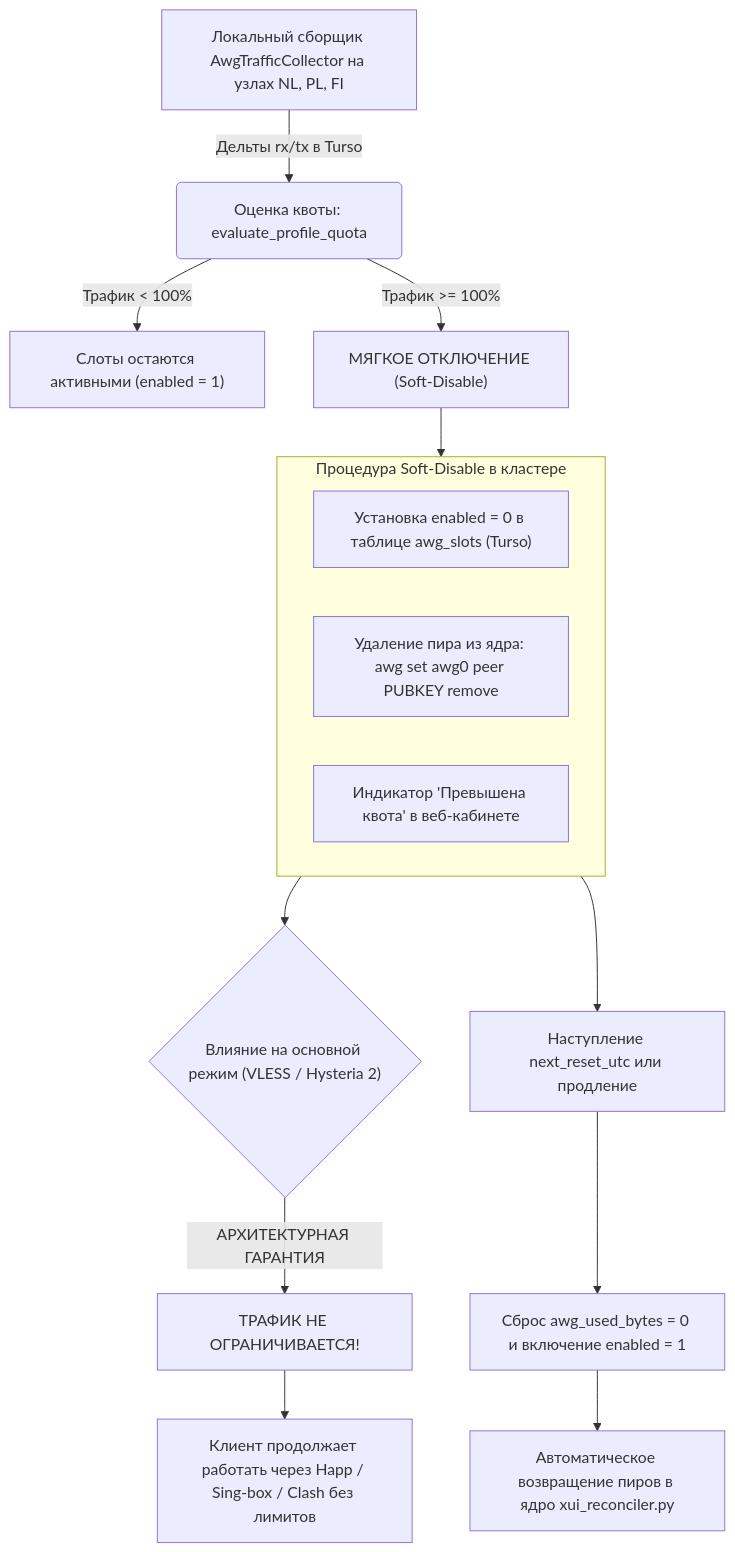
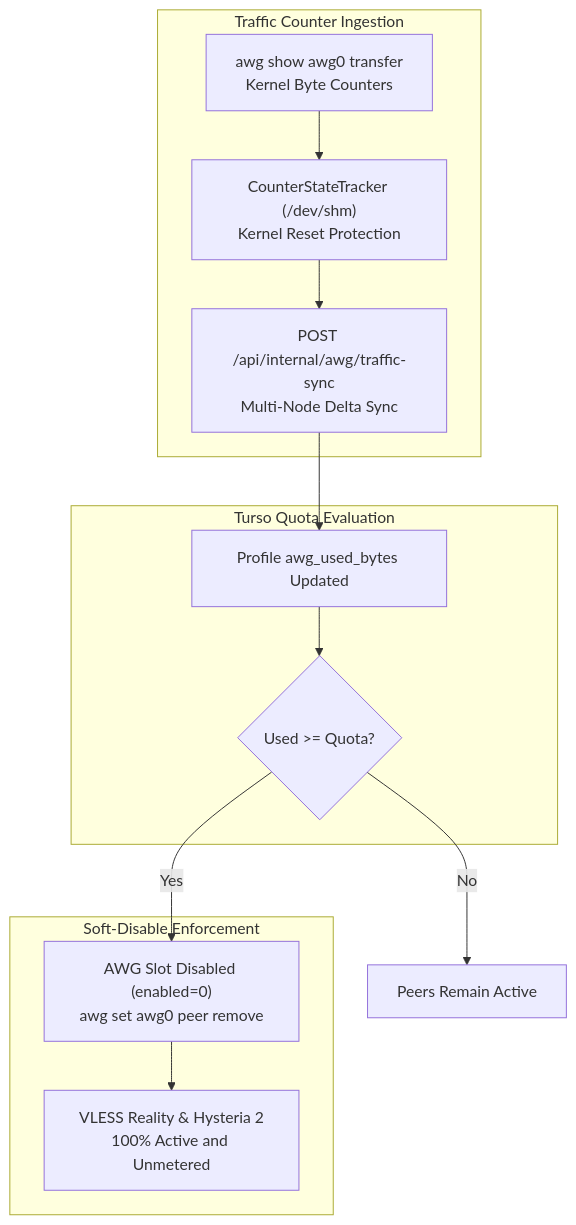
The second of 2 diagrams in AMNEZIA_SLOTS.md (Nikitzima/SilentConnect), drawn with Mermaid before and after one commit. The commit also changed other lines of this file and 5 other files, not shown here.

````diff
--- a/AMNEZIA_SLOTS.md
+++ b/AMNEZIA_SLOTS.md
@@ -82,21 +259,26 @@
 ```mermaid
 flowchart TD
-    A["Локальный сборщик AwgTrafficCollector на узлах NL, PL, FI"] -->|"Дельты rx/tx в Turso"| B("Оценка квоты: evaluate_profile_quota")
-    B -->|"Трафик < 100%"| C["Слоты остаются активными (enabled = 1)"]
-    B -->|"Трафик >= 100%"| D["МЯГКОЕ ОТКЛЮЧЕНИЕ (Soft-Disable)"]
-    
-    subgraph SD ["Процедура Soft-Disable в кластере"]
-        D1["Установка enabled = 0 в таблице awg_slots (Turso)"]
-        D2["Удаление пира из ядра: awg set awg0 peer PUBKEY remove"]
-        D3["Индикатор 'Превышена квота' в веб-кабинете"]
+    subgraph Ingestion["Traffic Counter Ingestion"]
+        A["awg show awg0 transfer\nKernel Byte Counters"]
+        B["CounterStateTracker (/dev/shm)\nKernel Reset Protection"]
+        C["POST /api/internal/awg/traffic-sync\nMulti-Node Delta Sync"]
     end
-    
-    D --> SD
-    SD --> E{"Влияние на основной режим (VLESS / Hysteria 2)"}
-    E -->|"АРХИТЕКТУРНАЯ ГАРАНТИЯ"| F["ТРАФИК НЕ ОГРАНИЧИВАЕТСЯ!"]
-    F --> G["Клиент продолжает работать через Happ / Sing-box / Clash без лимитов"]
-    
-    SD --> H["Наступление next_reset_utc или продление"]
-    H --> I["Сброс awg_used_bytes = 0 и включение enabled = 1"]
-    I --> J["Автоматическое возвращение пиров в ядро xui_reconciler.py"]
+
+    subgraph Accounting["Turso Quota Evaluation"]
+        D["Profile awg_used_bytes Updated"]
+        E{"Used >= Quota?"}
+    end
+
+    subgraph Enforcement["Soft-Disable Enforcement"]
+        F["AWG Slot Disabled (enabled=0)\nawg set awg0 peer remove"]
+        G["VLESS Reality & Hysteria 2\n100% Active and Unmetered"]
+    end
+
+    A --> B
+    B --> C
+    C --> D
+    D --> E
+    E -->|No| H["Peers Remain Active"]
+    E -->|Yes| F
+    F --> G
 ```
````
